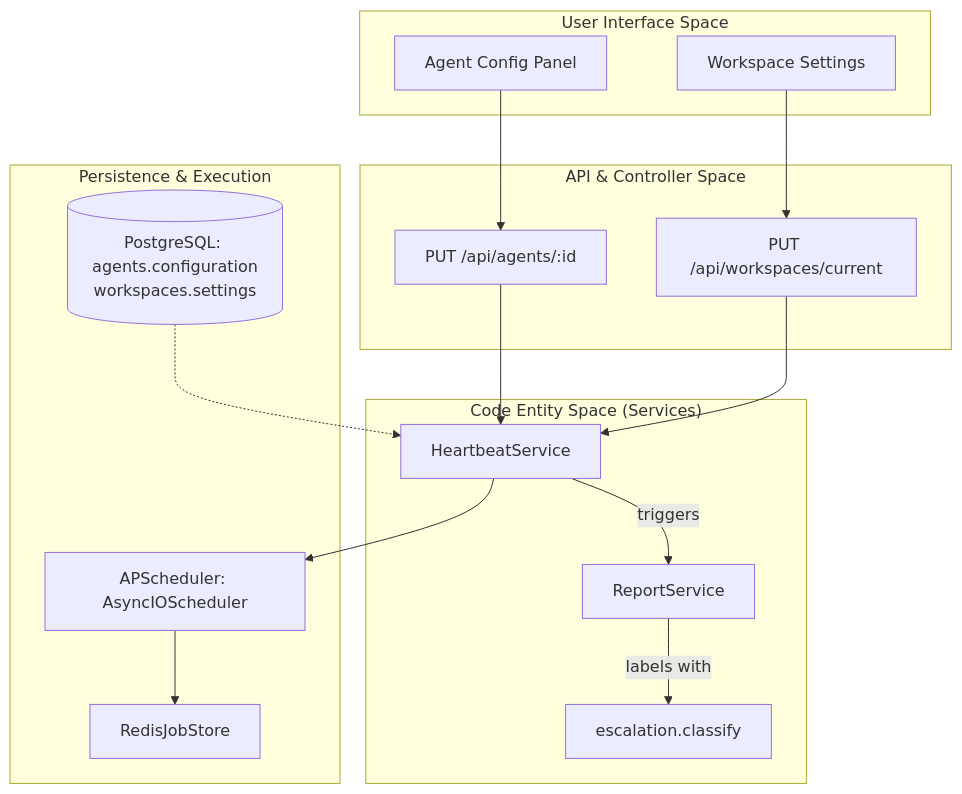
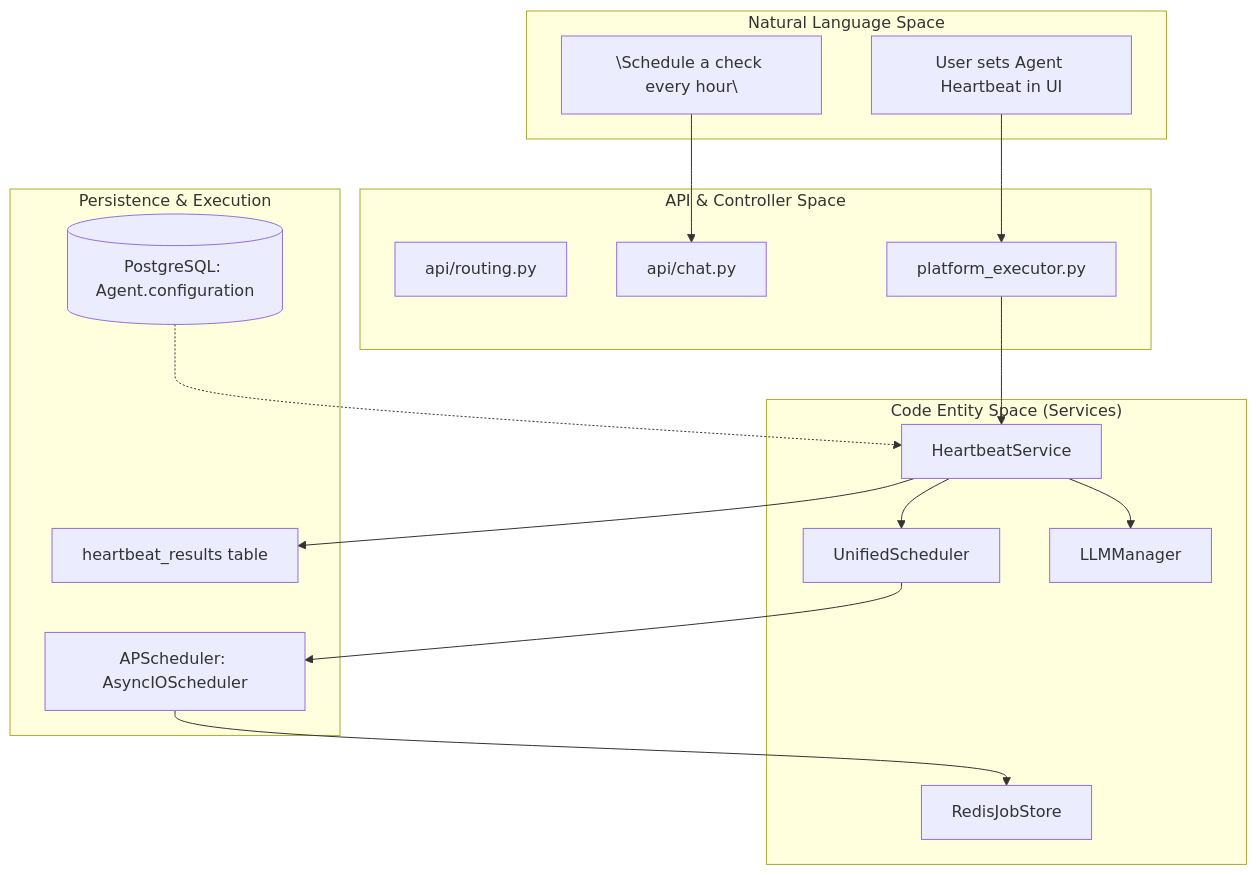
One commit to AutomatosAI/automatos-ai changed the first of 2 diagrams in docs/heartbeat-proactive-assistant/configuration-scheduling.md. Above: the diagram before and after it, drawn with Mermaid. The commit also changed other lines of this file and 191 other files, not shown here.

````diff
--- a/docs/heartbeat-proactive-assistant/configuration-scheduling.md
+++ b/docs/heartbeat-proactive-assistant/configuration-scheduling.md
@@ -60,36 +79,38 @@
 ```mermaid
 graph TB
-    subgraph "User Interface Space"
-        UI_AGENT["Agent Config Panel"]
-        UI_WS["Workspace Settings"]
+    subgraph "Natural Language Space"
+        NL_REQ["\"Schedule a check every hour\""]
+        NL_INTENT["User sets Agent Heartbeat in UI"]
     end
 
     subgraph "API & Controller Space"
-        API_AGENT["PUT /api/agents/:id"]
-        API_WS["PUT /api/workspaces/current"]
+        API_ROUTER["api/routing.py"]
+        API_CHAT["api/chat.py"]
+        PLAT_EXEC["platform_executor.py"]
     end
 
     subgraph "Code Entity Space (Services)"
         HB_SVC["HeartbeatService"]
-        RPT_SVC["ReportService"]
-        ESCAL_SVC["escalation.classify"]
+        UNI_SCHED["UnifiedScheduler"]
+        REDIS_STORE["RedisJobStore"]
+        LLM_MAN["LLMManager"]
     end
 
     subgraph "Persistence & Execution"
-        DB_PG[("PostgreSQL: agents.configuration<br/>workspaces.settings")]
+        DB_PG[("PostgreSQL: Agent.configuration")]
         APS["APScheduler: AsyncIOScheduler"]
-        REDIS_STORE["RedisJobStore"]
+        HB_RES["heartbeat_results table"]
     end
 
-    UI_AGENT --> API_AGENT
-    UI_WS --> API_WS
+    NL_REQ --> API_CHAT
+    NL_INTENT --> PLAT_EXEC
     
-    API_AGENT --> HB_SVC
-    API_WS --> HB_SVC
-
-    HB_SVC --> APS
+    PLAT_EXEC --> HB_SVC
+    HB_SVC --> UNI_SCHED
+    UNI_SCHED --> APS
     APS --> REDIS_STORE
-    HB_SVC -- "triggers" --> RPT_SVC
-    RPT_SVC -- "labels with" --> ESCAL_SVC
+    
+    HB_SVC --> HB_RES
+    HB_SVC --> LLM_MAN
     DB_PG -.-> HB_SVC
 ```
````
